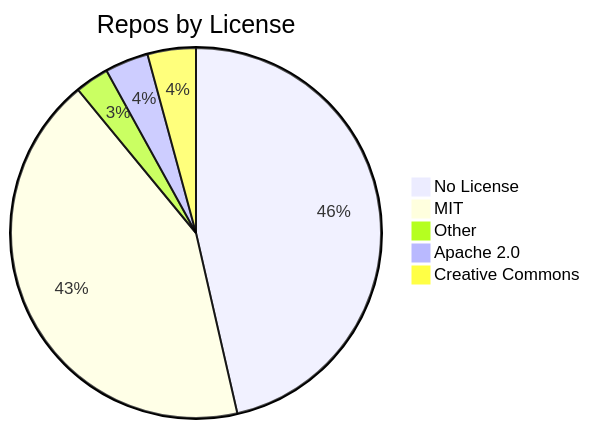
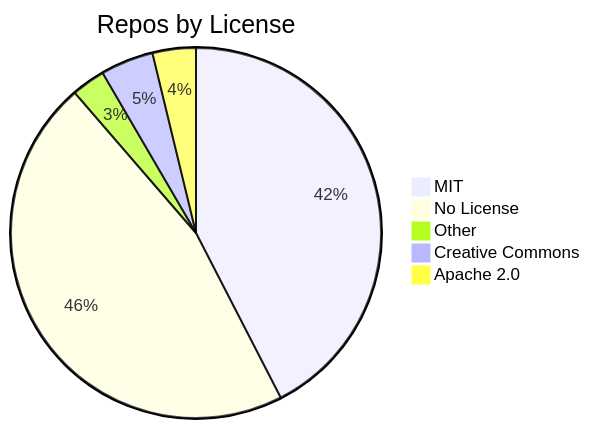
One commit to jpatterson933/awesome-mcp-server-index changed the diagram in README.md. Above: the diagram before and after it, drawn with Mermaid. The commit also changed other lines of this file and 3 other files, not shown here.

````diff
--- a/README.md
+++ b/README.md
@@ -29,8 +29,8 @@
 ```mermaid
 pie title Repos by License
+    "MIT" : 101
     "No License" : 110
-    "MIT" : 101
     "Other" : 7
+    "Creative Commons" : 11
     "Apache 2.0" : 9
-    "Creative Commons" : 10
 ```
````
